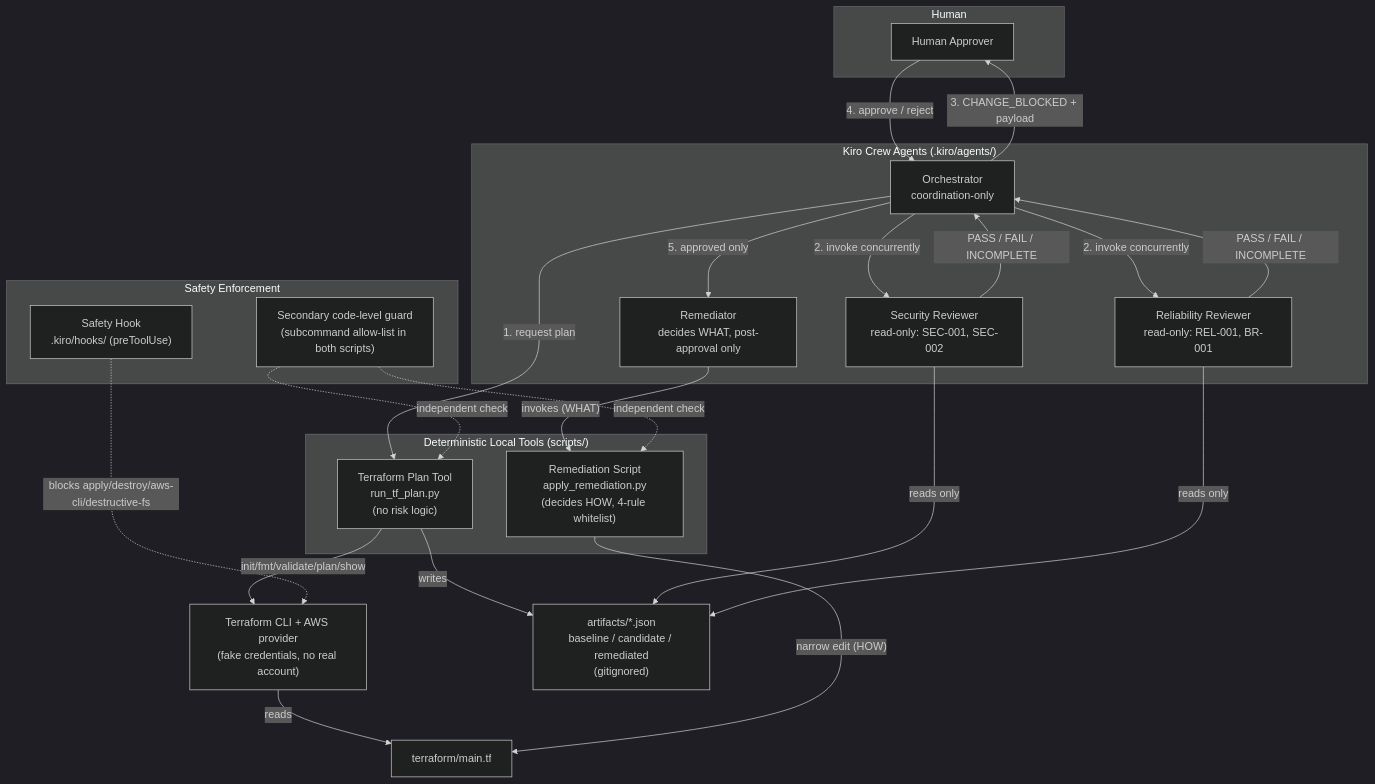
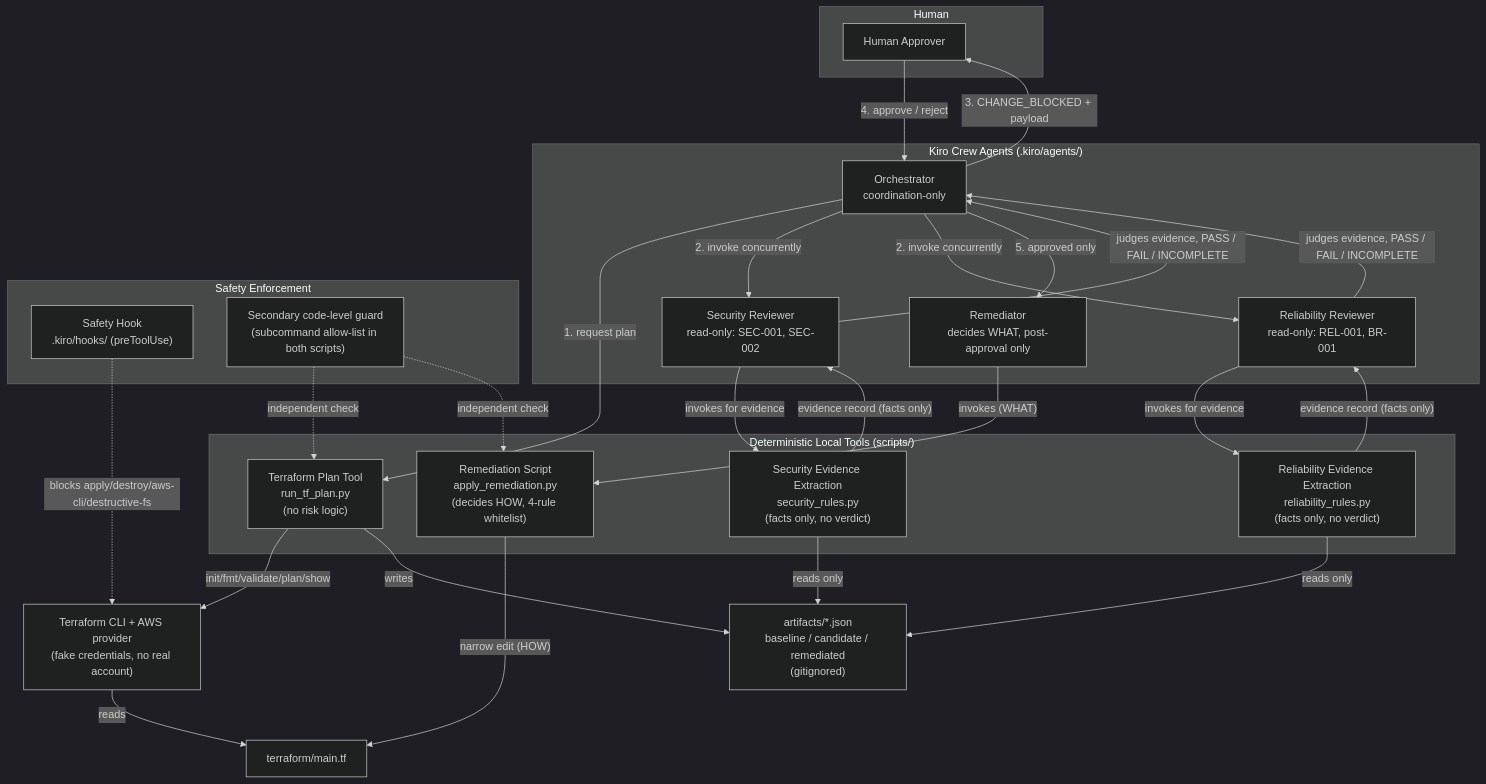
The first of 2 diagrams in .kiro/specs/change-review/design.md (ContardoRM/changeguard-ai), drawn with Mermaid (dark theme) before and after one commit. The commit also changed other lines of this file and 3 other files, not shown here.

Commit message:
docs: finalize ChangeGuard architecture and implementation plan

````diff
--- a/.kiro/specs/change-review/design.md
+++ b/.kiro/specs/change-review/design.md
@@ -19,49 +20,55 @@
 ```mermaid
 flowchart TB
     subgraph Human["Human"]
         Approver["Human Approver"]
     end
 
     subgraph Crew["Kiro Crew Agents (.kiro/agents/)"]
         Orchestrator["Orchestrator<br/>coordination-only"]
         SecRev["Security Reviewer<br/>read-only: SEC-001, SEC-002"]
         RelRev["Reliability Reviewer<br/>read-only: REL-001, BR-001"]
         Remediator["Remediator<br/>decides WHAT, post-approval only"]
     end
 
     subgraph Tools["Deterministic Local Tools (scripts/)"]
         PlanTool["Terraform Plan Tool<br/>run_tf_plan.py<br/>(no risk logic)"]
+        SecEvidence["Security Evidence Extraction<br/>security_rules.py<br/>(facts only, no verdict)"]
+        RelEvidence["Reliability Evidence Extraction<br/>reliability_rules.py<br/>(facts only, no verdict)"]
         RemediationScript["Remediation Script<br/>apply_remediation.py<br/>(decides HOW, 4-rule whitelist)"]
     end
 
     subgraph Safety["Safety Enforcement"]
         Hook["Safety Hook<br/>.kiro/hooks/ (preToolUse)"]
         Guard["Secondary code-level guard<br/>(subcommand allow-list in both scripts)"]
     end
 
     TFCLI["Terraform CLI + AWS provider<br/>(fake credentials, no real account)"]
     MainTF["terraform/main.tf"]
     Artifacts["artifacts/*.json<br/>baseline / candidate / remediated<br/>(gitignored)"]
 
     Orchestrator -->|"1. request plan"| PlanTool
     PlanTool -->|"init/fmt/validate/plan/show"| TFCLI
     TFCLI -->|reads| MainTF
     PlanTool -->|writes| Artifacts
 
     Orchestrator -->|"2. invoke concurrently"| SecRev
     Orchestrator -->|"2. invoke concurrently"| RelRev
-    SecRev -->|reads only| Artifacts
-    RelRev -->|reads only| Artifacts
-    SecRev -->|"PASS / FAIL / INCOMPLETE"| Orchestrator
-    RelRev -->|"PASS / FAIL / INCOMPLETE"| Orchestrator
+    SecRev -->|"invokes for evidence"| SecEvidence
+    RelRev -->|"invokes for evidence"| RelEvidence
+    SecEvidence -->|reads only| Artifacts
+    RelEvidence -->|reads only| Artifacts
+    SecEvidence -->|"evidence record (facts only)"| SecRev
+    RelEvidence -->|"evidence record (facts only)"| RelRev
+    SecRev -->|"judges evidence, PASS / FAIL / INCOMPLETE"| Orchestrator
+    RelRev -->|"judges evidence, PASS / FAIL / INCOMPLETE"| Orchestrator
 
     Orchestrator -->|"3. CHANGE_BLOCKED + payload"| Approver
     Approver -->|"4. approve / reject"| Orchestrator
     Orchestrator -->|"5. approved only"| Remediator
     Remediator -->|"invokes (WHAT)"| RemediationScript
     RemediationScript -->|"narrow edit (HOW)"| MainTF
 
     Hook -.blocks apply/destroy/aws-cli/destructive-fs.-> TFCLI
     Guard -.independent check.-> PlanTool
     Guard -.independent check.-> RemediationScript
 ```
````
